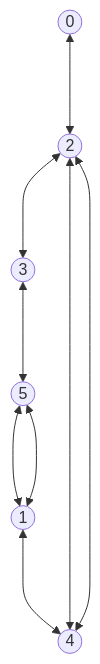
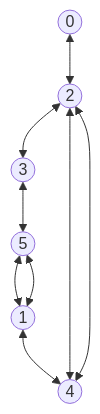
One commit to dantepedrosa/UFMG-DCC205 changed the first of 2 diagrams in ap7/readme.md. Above: the diagram before and after it, drawn with Mermaid. The commit also changed other lines of this file, not shown here.

Commit message:
Improved graph visualization

````diff
--- a/ap7/readme.md
+++ b/ap7/readme.md
@@ -46,11 +46,11 @@
 ```mermaid
 graph TD
-    A((0)) <---> C((2))
-    B((1)) <---> E((4))
-    B((1)) <---> F((5))
-    C((2)) <---> D((3))
-    C((2)) <---> E((4))
-    D((3)) <---> F((5))
-    E((4)) <---> C((2))
-    F((5)) <---> B((1))
+    A((0)) <--> C((2))
+    B((1)) <--> E((4))
+    B((1)) <--> F((5))
+    C((2)) <--> D((3))
+    C((2)) <--> E((4))
+    D((3)) <--> F((5))
+    E((4)) <--> C((2))
+    F((5)) <--> B((1))
 ```
````
